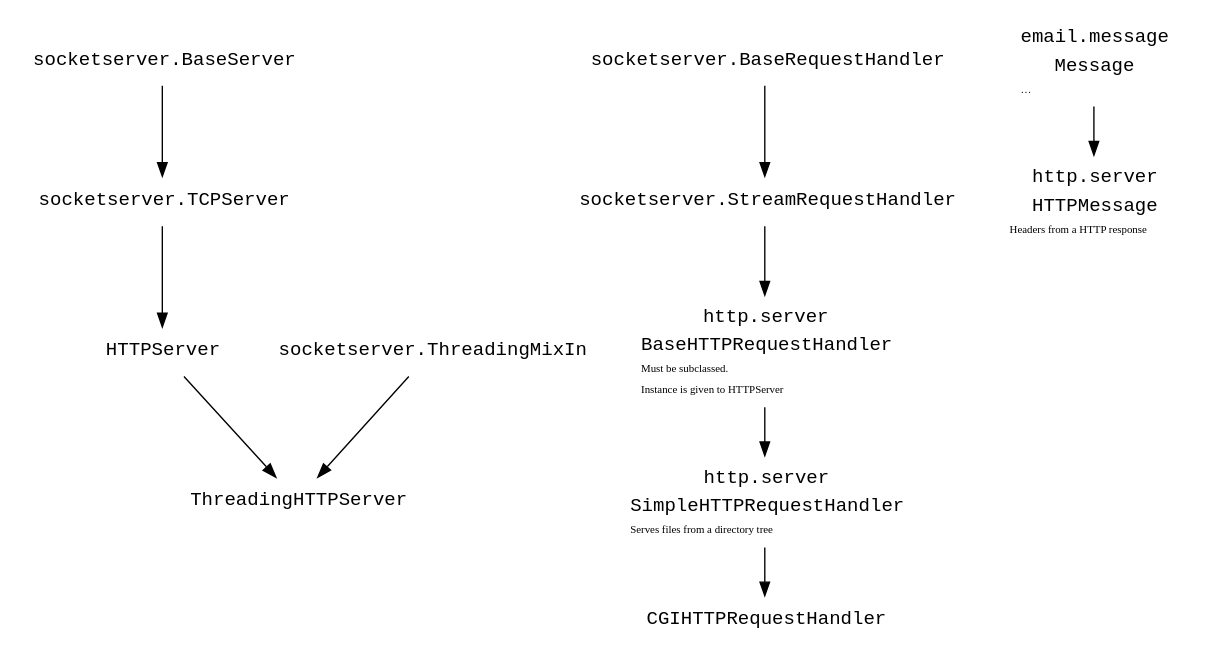
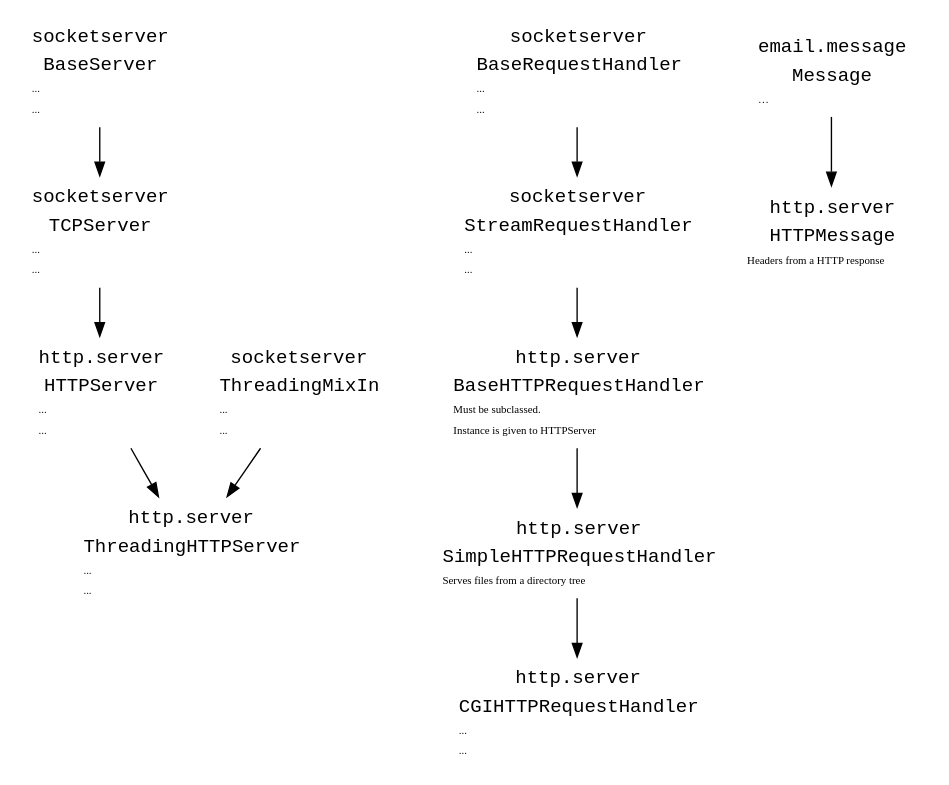
The diagram in standard-library/http/server/hierarchy.dot (ReneNyffenegger/temp-Python), drawn with Graphviz before and after one commit.

```diff
--- a/standard-library/http/server/hierarchy.dot
+++ b/standard-library/http/server/hierarchy.dot
@@ -1,59 +1,109 @@
 // dot hierarchy.dot -T pdf -o hierarchy.pdf
 
 digraph {
 
   node [shape=none]
 
-  socketserver_BaseServer[ label=< <font face="Courier">socketserver.BaseServer</font> >]
-  socketserver_TCPServer[ label=< <font face="Courier">socketserver.TCPServer</font> >]
-  socketserver_ThreadingMixIn[ label=< <font face="Courier">socketserver.ThreadingMixIn</font> >]
-  socketserver_BaseRequestHandler[ label=< <font face="Courier">socketserver.BaseRequestHandler</font> >]
-  socketserver_StreamRequestHandler[ label=< <font face="Courier">socketserver.StreamRequestHandler</font> >]
 
-  HTTPServer [ label=< <font face="Courier">HTTPServer</font> >]
-  ThreadingHTTPServer [ label=< <font face="Courier">ThreadingHTTPServer</font> >]
+  socketserver_BaseServer [ label=< <table border="0">
+    <tr><td><font face="courier">socketserver</font></td></tr>
+    <tr><td><font face="courier">BaseServer</font></td></tr>
+    <tr><td align="left"><font point-size="8">...</font></td></tr>
+    <tr><td align="left"><font point-size="8">...</font></td></tr>
+  </table> > ]
+
+  socketserver_TCPServer [ label=< <table border="0">
+    <tr><td><font face="courier">socketserver</font></td></tr>
+    <tr><td><font face="courier">TCPServer</font></td></tr>
+    <tr><td align="left"><font point-size="8">...</font></td></tr>
+    <tr><td align="left"><font point-size="8">...</font></td></tr>
+  </table> > ]
+
+
+  socketserver_ThreadingMixIn [ label=< <table border="0">
+    <tr><td><font face="courier">socketserver</font></td></tr>
+    <tr><td><font face="courier">ThreadingMixIn</font></td></tr>
+    <tr><td align="left"><font point-size="8">...</font></td></tr>
+    <tr><td align="left"><font point-size="8">...</font></td></tr>
+  </table> > ]
+
+
+  socketserver_BaseRequestHandler[ label=< <table border="0">
+    <tr><td><font face="courier">socketserver</font></td></tr>
+    <tr><td><font face="courier">BaseRequestHandler</font></td></tr>
+    <tr><td align="left"><font point-size="8">...</font></td></tr>
+    <tr><td align="left"><font point-size="8">...</font></td></tr>
+  </table> > ]
+
+  socketserver_StreamRequestHandler[ label=< <table border="0">
+    <tr><td><font face="courier">socketserver</font></td></tr>
+    <tr><td><font face="courier">StreamRequestHandler</font></td></tr>
+    <tr><td align="left"><font point-size="8">...</font></td></tr>
+    <tr><td align="left"><font point-size="8">...</font></td></tr>
+  </table> > ]
+
+  HTTPServer [ label=< <table border="0">
+    <tr><td><font face="courier">http.server</font></td></tr>
+    <tr><td><font face="courier">HTTPServer</font></td></tr>
+    <tr><td align="left"><font point-size="8">...</font></td></tr>
+    <tr><td align="left"><font point-size="8">...</font></td></tr>
+  </table> > ]
+
+//ThreadingHTTPServer [ label=< <font face="Courier">ThreadingHTTPServer</font> >]
+
+  ThreadingHTTPServer [ label=< <table border="0">
+    <tr><td><font face="courier">http.server</font></td></tr>
+    <tr><td><font face="courier">ThreadingHTTPServer</font></td></tr>
+    <tr><td align="left"><font point-size="8">...</font></td></tr>
+    <tr><td align="left"><font point-size="8">...</font></td></tr>
+  </table> > ]
 
   BaseHTTPRequestHandler [ label=< <table border="0">
     <tr><td><font face="courier">http.server</font></td></tr>
     <tr><td><font face="courier">BaseHTTPRequestHandler</font></td></tr>
     <tr><td align="left"><font point-size="8">Must be subclassed.</font></td></tr>
     <tr><td align="left"><font point-size="8">Instance is given to HTTPServer</font></td></tr>
   </table> > ]
 
 
   SimpleHTTPRequestHandler [ label=< <table border="0">
     <tr><td><font face="courier">http.server</font></td></tr>
     <tr><td><font face="courier">SimpleHTTPRequestHandler</font></td></tr>
     <tr><td align="left"><font point-size="8">Serves files from a directory tree</font></td></tr>
   </table> > ]
 
 
   email_message_Message [ label=< <table border="0">
     <tr><td><font face="courier">email.message</font></td></tr>
     <tr><td><font face="courier">Message</font></td></tr>
     <tr><td align="left"><font point-size="8">…</font></td></tr>
   </table> > ]
 
   HTTPMessage [ label=< <table border="0">
     <tr><td><font face="courier">http.server</font></td></tr>
     <tr><td><font face="courier">HTTPMessage</font></td></tr>
     <tr><td align="left"><font point-size="8">Headers from a HTTP response</font></td></tr>
   </table> > ]
 
-  CGIHTTPRequestHandler [ label=< <font face="Courier">CGIHTTPRequestHandler</font> >]
+  CGIHTTPRequestHandler[ label=< <table border="0">
+    <tr><td><font face="courier">http.server</font></td></tr>
+    <tr><td><font face="courier">CGIHTTPRequestHandler</font></td></tr>
+    <tr><td align="left"><font point-size="8">...</font></td></tr>
+    <tr><td align="left"><font point-size="8">...</font></td></tr>
+  </table> > ]
 
   
   socketserver_BaseServer -> socketserver_TCPServer
 
   socketserver_TCPServer -> HTTPServer
   socketserver_ThreadingMixIn -> ThreadingHTTPServer
   socketserver_BaseRequestHandler -> socketserver_StreamRequestHandler
   socketserver_StreamRequestHandler -> BaseHTTPRequestHandler
   HTTPServer -> ThreadingHTTPServer
 
   BaseHTTPRequestHandler -> SimpleHTTPRequestHandler
   SimpleHTTPRequestHandler -> CGIHTTPRequestHandler
 
   email_message_Message -> HTTPMessage
 
 }
```
